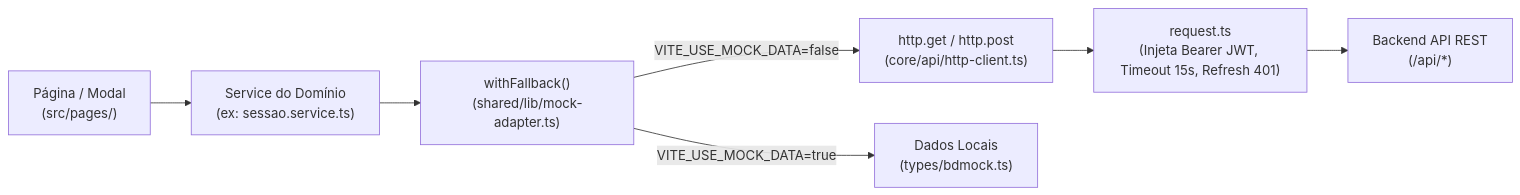
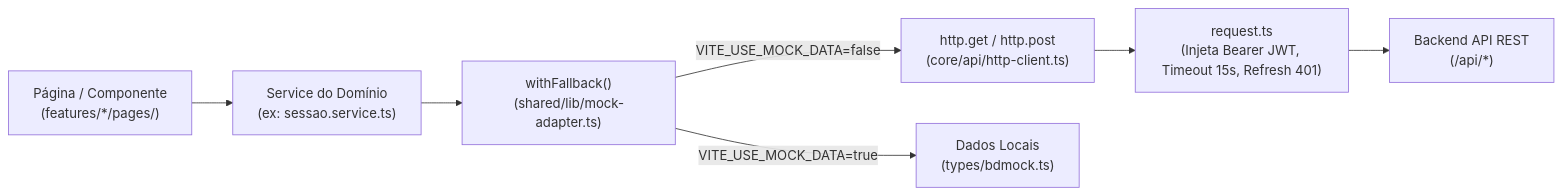
One commit to MarcosWillianAP1K/InTEA changed the third of 4 diagrams in docs/architecture.md. Above: the diagram before and after it, drawn with Mermaid. The commit also changed other lines of this file and 36 other files, not shown here.

````diff
--- a/docs/architecture.md
+++ b/docs/architecture.md
@@ -296,9 +308,9 @@
 ```mermaid
 flowchart LR
-    Page["Página / Modal\n(src/pages/)"] --> Service["Service do Domínio\n(ex: sessao.service.ts)"]
+    Page["Página / Componente\n(features/*/pages/)"] --> Service["Service do Domínio\n(ex: sessao.service.ts)"]
     Service --> Adapter["withFallback()\n(shared/lib/mock-adapter.ts)"]
     Adapter -- "VITE_USE_MOCK_DATA=false" --> Http["http.get / http.post\n(core/api/http-client.ts)"]
     Adapter -- "VITE_USE_MOCK_DATA=true" --> Mock["Dados Locais\n(types/bdmock.ts)"]
     Http --> RequestEngine["request.ts\n(Injeta Bearer JWT, Timeout 15s, Refresh 401)"]
     RequestEngine --> Backend["Backend API REST\n(/api/*)"]
 ```
````
